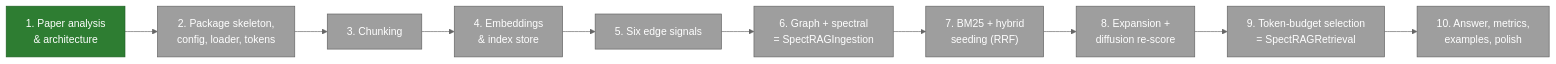
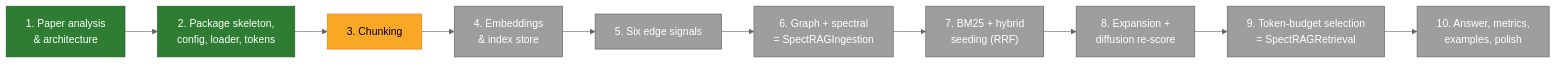
The fifth of 6 diagrams in README.md (aion7891/Spect-RAG), drawn with Mermaid (neutral theme) before and after one commit. The commit also changed other lines of this file and 13 other files, not shown here.

Commit message:
feat: Phase 2 – package skeleton, settings, document loader and token counter

````diff
--- a/README.md
+++ b/README.md
@@ -382,15 +391,15 @@
 ```mermaid
 flowchart LR
-    P1["1. Paper analysis<br/>& architecture"]:::done --> P2["2. Package skeleton,<br/>config, loader, tokens"]:::todo
-    P2 --> P3["3. Chunking"]:::todo
+    P1["1. Paper analysis<br/>& architecture"]:::done --> P2["2. Package skeleton,<br/>config, loader, tokens"]:::done
+    P2 --> P3["3. Chunking"]:::doing
     P3 --> P4["4. Embeddings<br/>& index store"]:::todo
     P4 --> P5["5. Six edge signals"]:::todo
     P5 --> P6["6. Graph + spectral<br/>= SpectRAGIngestion"]:::todo
     P6 --> P7["7. BM25 + hybrid<br/>seeding (RRF)"]:::todo
     P7 --> P8["8. Expansion +<br/>diffusion re-score"]:::todo
     P8 --> P9["9. Token-budget selection<br/>= SpectRAGRetrieval"]:::todo
     P9 --> P10["10. Answer, metrics,<br/>examples, polish"]:::todo
     classDef done fill:#2e7d32,color:#fff,stroke:#1b5e20
     classDef doing fill:#f9a825,color:#000,stroke:#f57f17
     classDef todo fill:#9e9e9e,color:#fff,stroke:#616161
 ```
````
